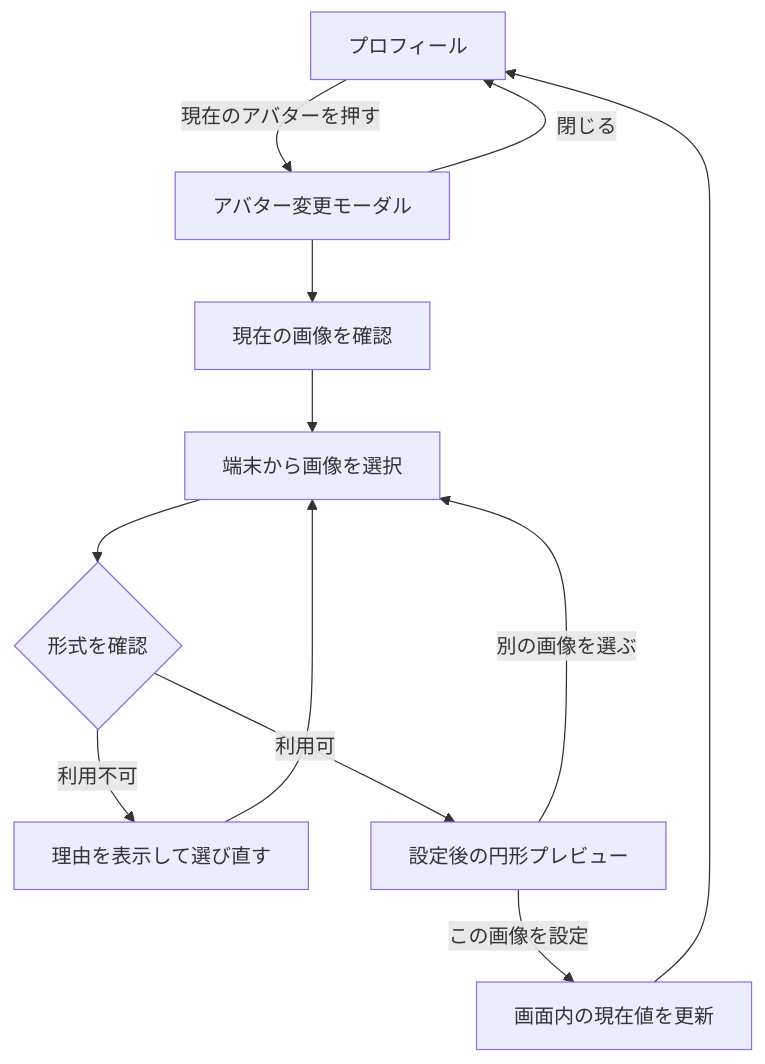
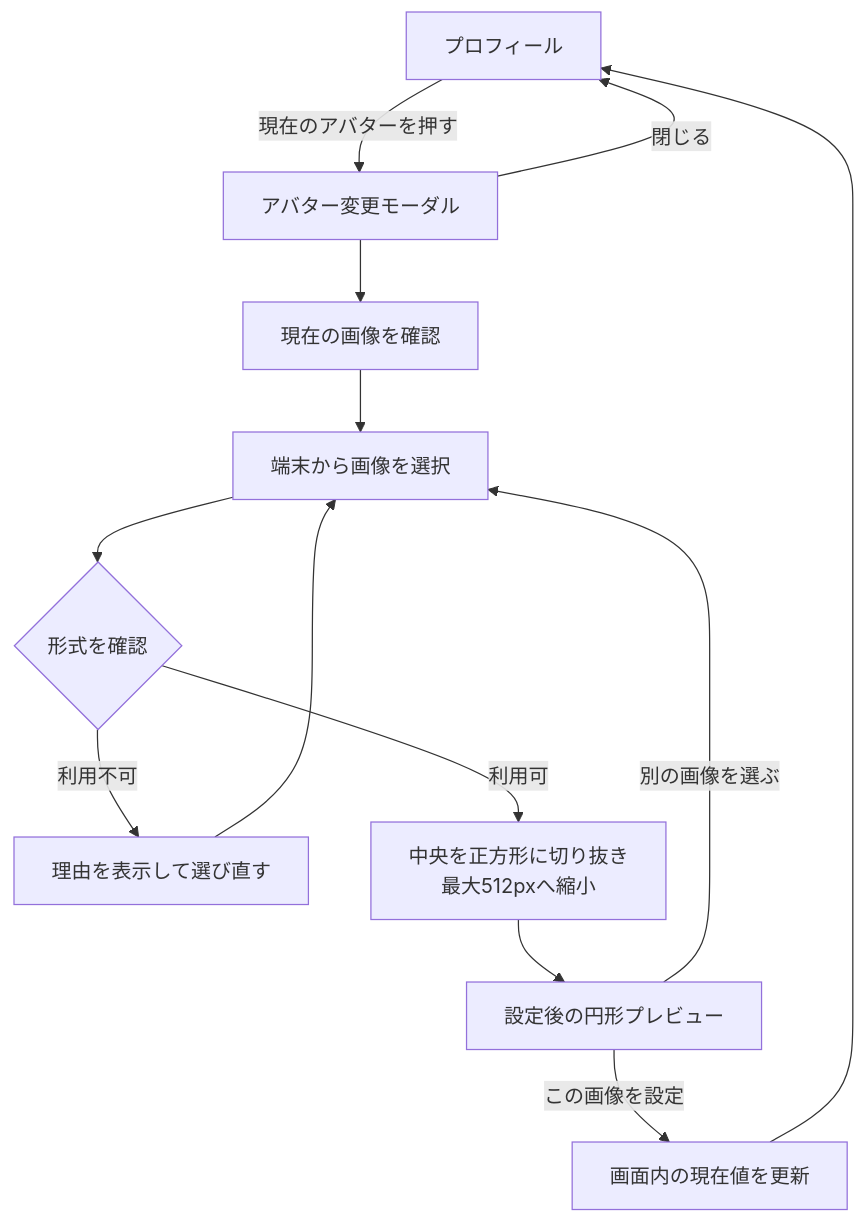
The first of 2 diagrams in docs/product/avatar-experience.md (kkyosuke/me-builder), drawn with Mermaid before and after one commit. The commit also changed other lines of this file and 6 other files, not shown here.

````diff
--- a/docs/product/avatar-experience.md
+++ b/docs/product/avatar-experience.md
@@ -51,14 +52,15 @@
 ```mermaid
 flowchart TD
     P[プロフィール] -->|現在のアバターを押す| M[アバター変更モーダル]
     M --> C[現在の画像を確認]
     C --> F[端末から画像を選択]
     F --> V{形式を確認}
     V -->|利用不可| E[理由を表示して選び直す]
     E --> F
-    V -->|利用可| R[設定後の円形プレビュー]
+    V -->|利用可| N[中央を正方形に切り抜き<br/>最大512pxへ縮小]
+    N --> R[設定後の円形プレビュー]
     R -->|別の画像を選ぶ| F
     R -->|この画像を設定| S[画面内の現在値を更新]
     S --> P
     M -->|閉じる| P
 ```
````
